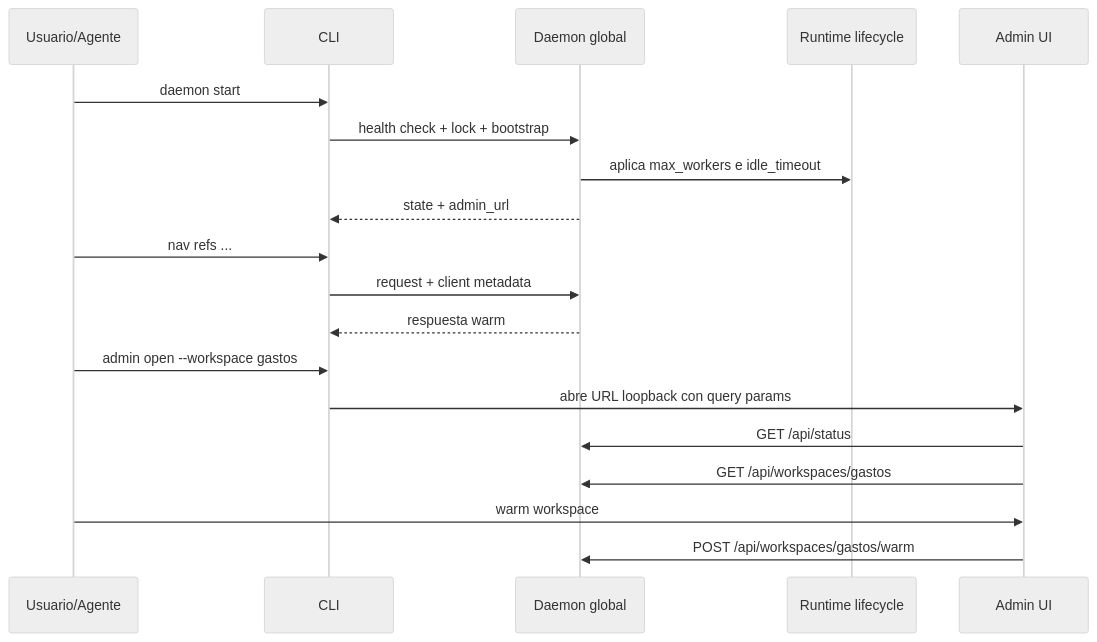
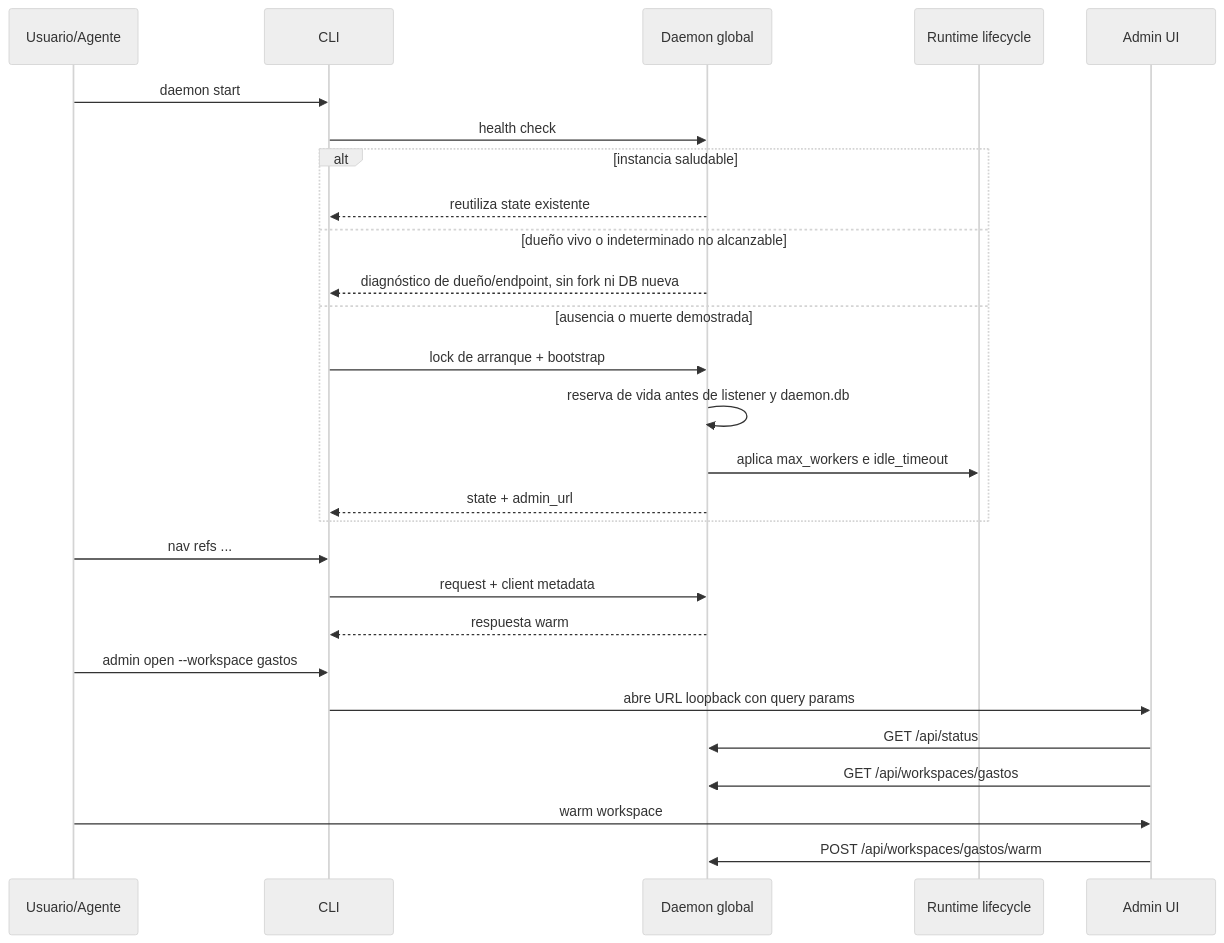
One commit to fgpaz/mi-lsp changed the diagram in .docs/wiki/04_flows/FL-DAE-01.md. Above: the diagram before and after it, drawn with Mermaid (neutral theme). The commit also changed other lines of this file and 3 other files, not shown here.

````diff
--- a/.docs/wiki/04_flows/FL-DAE-01.md
+++ b/.docs/wiki/04_flows/FL-DAE-01.md
@@ -62,22 +62,30 @@
 ```mermaid
 sequenceDiagram
     participant U as Usuario/Agente
     participant CLI as CLI
     participant D as Daemon global
     participant L as Runtime lifecycle
     participant UI as Admin UI
 
     U->>CLI: daemon start
-    CLI->>D: health check + lock + bootstrap
-    D->>L: aplica max_workers e idle_timeout
-    D-->>CLI: state + admin_url
+    CLI->>D: health check
+    alt instancia saludable
+        D-->>CLI: reutiliza state existente
+    else dueño vivo o indeterminado no alcanzable
+        D-->>CLI: diagnóstico de dueño/endpoint, sin fork ni DB nueva
+    else ausencia o muerte demostrada
+        CLI->>D: lock de arranque + bootstrap
+        D->>D: reserva de vida antes de listener y daemon.db
+        D->>L: aplica max_workers e idle_timeout
+        D-->>CLI: state + admin_url
+    end
     U->>CLI: nav refs ...
     CLI->>D: request + client metadata
     D-->>CLI: respuesta warm
     U->>CLI: admin open --workspace gastos
     CLI->>UI: abre URL loopback con query params
     UI->>D: GET /api/status
     UI->>D: GET /api/workspaces/gastos
     U->>UI: warm workspace
     UI->>D: POST /api/workspaces/gastos/warm
 ```
````
